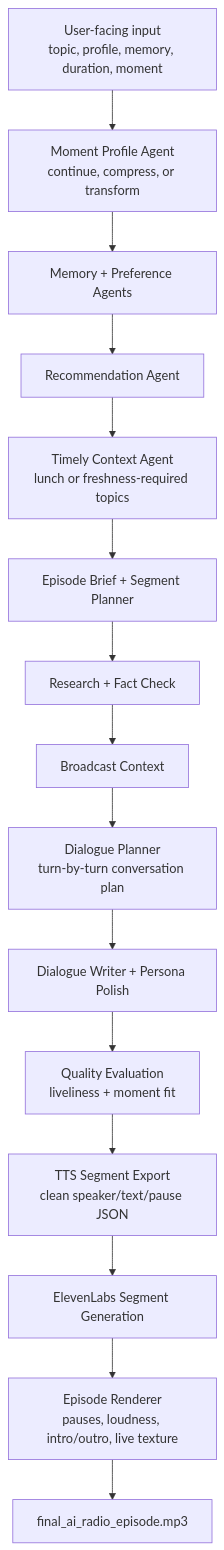
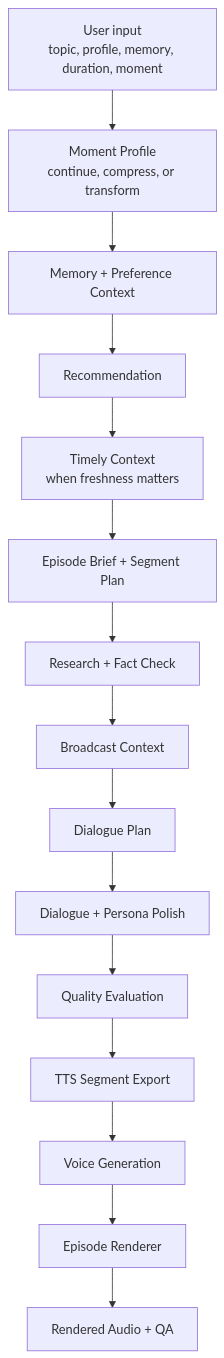
Before and after one commit to resonantravine/ai-radio-agent: the diagram in README.md, drawn with Mermaid. The commit also changed other lines of this file, not shown here.

````diff
--- a/README.md
+++ b/README.md
@@ -152,17 +63,17 @@
 ```mermaid
 flowchart TD
-    A["User-facing input<br/>topic, profile, memory, duration, moment"] --> B["Moment Profile Agent<br/>continue, compress, or transform"]
-    B --> C["Memory + Preference Agents"]
-    C --> D["Recommendation Agent"]
-    D --> E["Timely Context Agent<br/>lunch or freshness-required topics"]
-    E --> F["Episode Brief + Segment Planner"]
+    A["User input<br/>topic, profile, memory, duration, moment"] --> B["Moment Profile<br/>continue, compress, or transform"]
+    B --> C["Memory + Preference Context"]
+    C --> D["Recommendation"]
+    D --> E["Timely Context<br/>when freshness matters"]
+    E --> F["Episode Brief + Segment Plan"]
     F --> G["Research + Fact Check"]
     G --> H["Broadcast Context"]
-    H --> I["Dialogue Planner<br/>turn-by-turn conversation plan"]
-    I --> J["Dialogue Writer + Persona Polish"]
-    J --> K["Quality Evaluation<br/>liveliness + moment fit"]
-    K --> L["TTS Segment Export<br/>clean speaker/text/pause JSON"]
-    L --> M["ElevenLabs Segment Generation"]
-    M --> N["Episode Renderer<br/>pauses, loudness, intro/outro, live texture"]
-    N --> O["final_ai_radio_episode.mp3"]
+    H --> I["Dialogue Plan"]
+    I --> J["Dialogue + Persona Polish"]
+    J --> K["Quality Evaluation"]
+    K --> L["TTS Segment Export"]
+    L --> M["Voice Generation"]
+    M --> N["Episode Renderer"]
+    N --> O["Rendered Audio + QA"]
 ```
````
